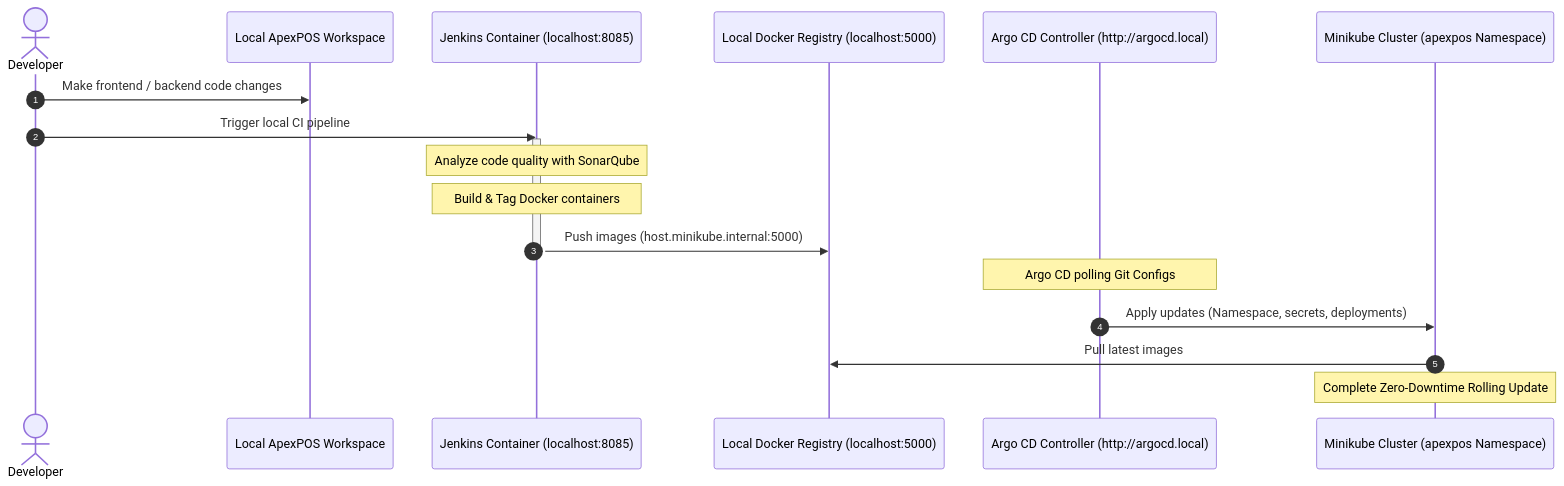
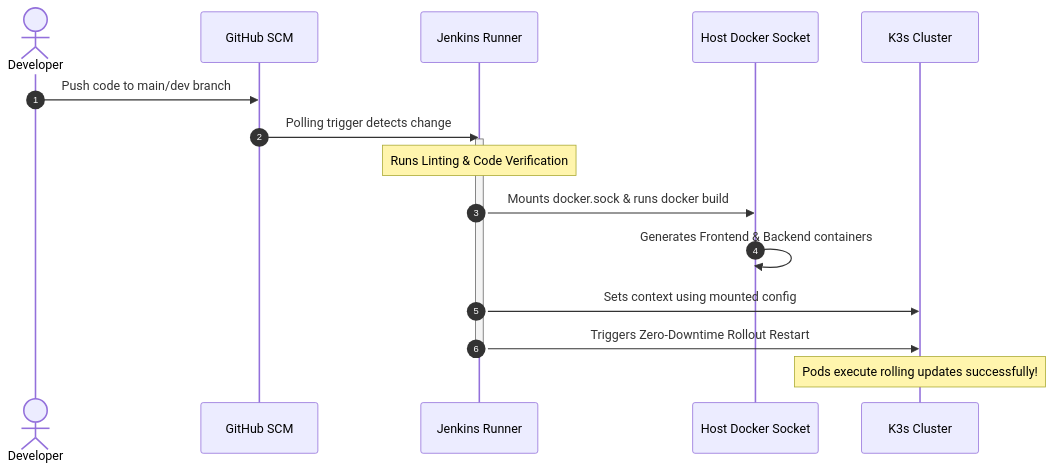
The second of 2 diagrams in README.md (Ntharusha/ApexPos_Devops), drawn with Mermaid before and after one commit. The commit also changed other lines of this file and 21 other files, not shown here.

````diff
--- a/README.md
+++ b/README.md
@@ -35,23 +131,20 @@
 ```mermaid
 sequenceDiagram
     autonumber
-    actor Dev as Developer
-    participant LocalWorkspace as Local ApexPOS Workspace
-    participant Jenkins as Jenkins Container (localhost:8085)
-    participant Reg as Local Docker Registry (localhost:5000)
-    participant Argo as Argo CD Controller (http://argocd.local)
-    participant K8s as Minikube Cluster (apexpos Namespace)
+    actor Developer
+    participant GitHub as GitHub SCM
+    participant Jenkins as Jenkins Runner
+    participant HostDocker as Host Docker Socket
+    participant K3s as K3s Cluster
 
-    Dev->>LocalWorkspace: Make frontend / backend code changes
-    Dev->>Jenkins: Trigger local CI pipeline
+    Developer->>GitHub: Push code to main/dev branch
+    GitHub->>Jenkins: Polling trigger detects change
     activate Jenkins
-    Note over Jenkins: Analyze code quality with SonarQube
-    Note over Jenkins: Build & Tag Docker containers
-    Jenkins->>Reg: Push images (host.minikube.internal:5000)
+    Note over Jenkins: Runs Linting & Code Verification
+    Jenkins->>HostDocker: Mounts docker.sock & runs docker build
+    HostDocker->>HostDocker: Generates Frontend & Backend containers
+    Jenkins->>K3s: Sets context using mounted config
+    Jenkins->>K3s: Triggers Zero-Downtime Rollout Restart
     deactivate Jenkins
-    
-    Note over Argo: Argo CD polling Git Configs
-    Argo->>K8s: Apply updates (Namespace, secrets, deployments)
-    K8s->>Reg: Pull latest images
-    Note over K8s: Complete Zero-Downtime Rolling Update
+    Note over K3s: Pods execute rolling updates successfully!
 ```
````
